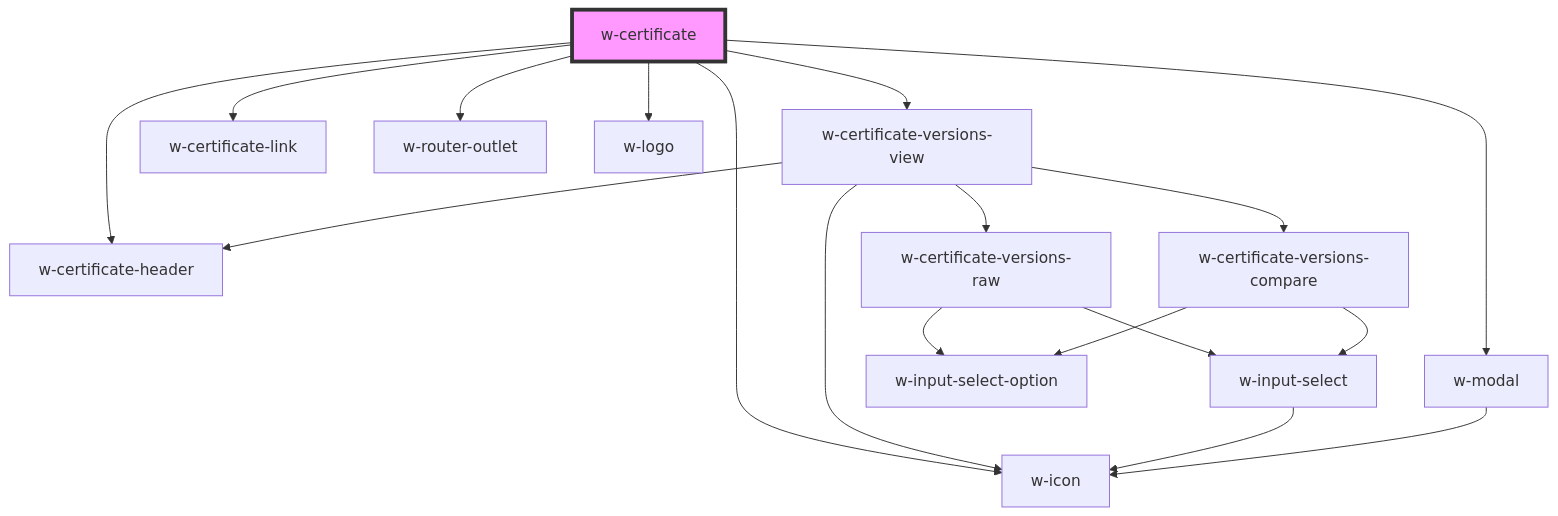
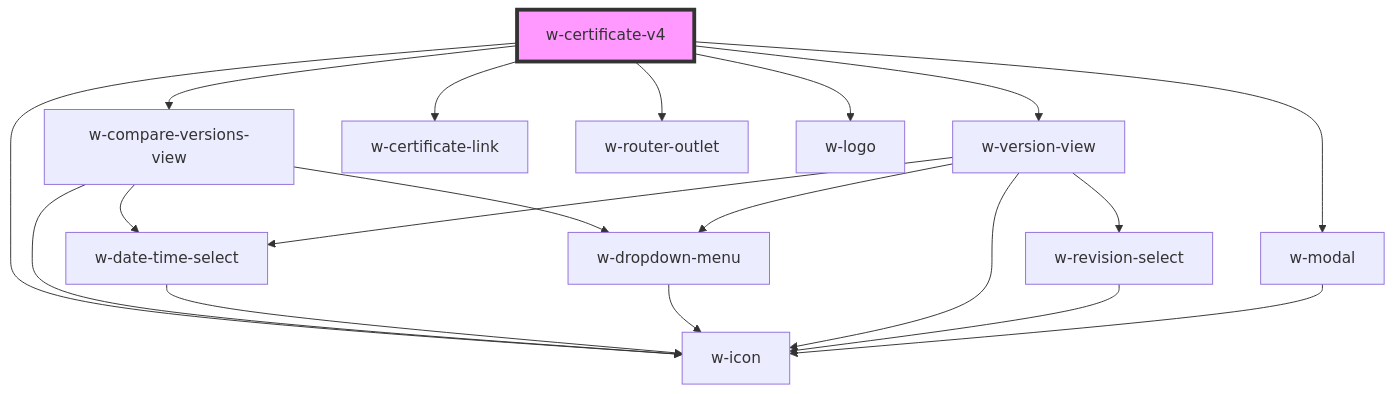
The diagram in src/components/w-certificate/readme.md (wordproof/ui), drawn with Mermaid before and after one commit. The commit also changed other lines of this file and 48 other files, not shown here.

Commit message:
refactor:replaced w-certificate with newer version

````diff
--- a/src/components/w-certificate/readme.md
+++ b/src/components/w-certificate/readme.md
@@ -29,21 +31,22 @@
 ```mermaid
 graph TD;
-  w-certificate --> w-certificate-versions-view
-  w-certificate --> w-certificate-link
-  w-certificate --> w-modal
-  w-certificate --> w-router-outlet
-  w-certificate --> w-certificate-header
-  w-certificate --> w-logo
-  w-certificate --> w-icon
-  w-certificate-versions-view --> w-certificate-header
-  w-certificate-versions-view --> w-certificate-versions-raw
-  w-certificate-versions-view --> w-certificate-versions-compare
-  w-certificate-versions-view --> w-icon
-  w-certificate-versions-raw --> w-input-select
-  w-certificate-versions-raw --> w-input-select-option
-  w-input-select --> w-icon
-  w-certificate-versions-compare --> w-input-select
-  w-certificate-versions-compare --> w-input-select-option
+  w-certificate-v4 --> w-compare-versions-view
+  w-certificate-v4 --> w-version-view
+  w-certificate-v4 --> w-certificate-link
+  w-certificate-v4 --> w-modal
+  w-certificate-v4 --> w-icon
+  w-certificate-v4 --> w-router-outlet
+  w-certificate-v4 --> w-logo
+  w-compare-versions-view --> w-date-time-select
+  w-compare-versions-view --> w-icon
+  w-compare-versions-view --> w-dropdown-menu
+  w-date-time-select --> w-icon
+  w-dropdown-menu --> w-icon
+  w-version-view --> w-date-time-select
+  w-version-view --> w-revision-select
+  w-version-view --> w-icon
+  w-version-view --> w-dropdown-menu
+  w-revision-select --> w-icon
   w-modal --> w-icon
-  style w-certificate fill:#f9f,stroke:#333,stroke-width:4px
+  style w-certificate-v4 fill:#f9f,stroke:#333,stroke-width:4px
 ```
````
